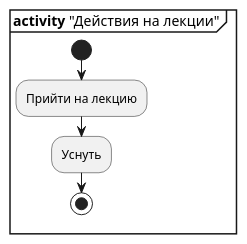
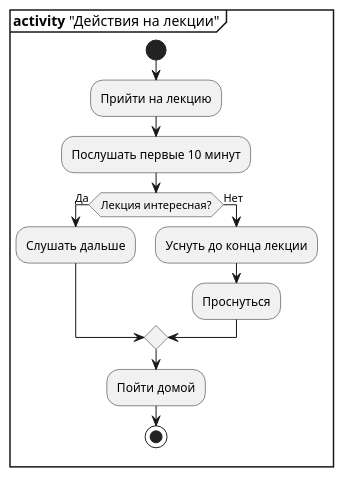
The diagram in lecture-01/activity.puml (is-uml-y25/lectures), drawn with PlantUML before and after one commit.

Commit message:
feat: add more interesting activity example

```diff
--- a/lecture-01/activity.puml
+++ b/lecture-01/activity.puml
@@ -1,9 +1,16 @@
 @startuml "Simple Activity"
 
 mainframe <b>activity</b> "Действия на лекции"
 
 start
 :Прийти на лекцию;
-:Уснуть;
+:Послушать первые 10 минут;
+if (Лекция интересная?) then (Да)
+    :Слушать дальше;
+else (Нет)
+    :Уснуть до конца лекции;
+    :Проснуться;
+endif
+:Пойти домой;
 stop
 @enduml
```
